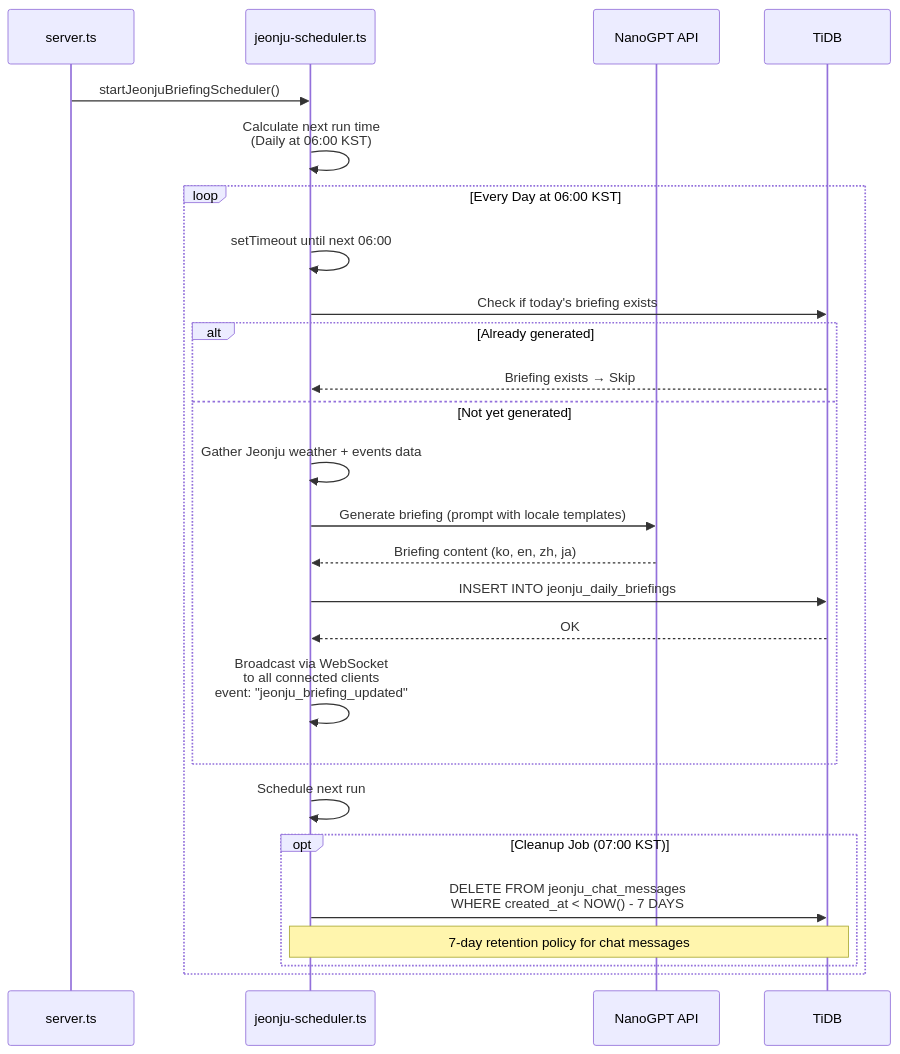
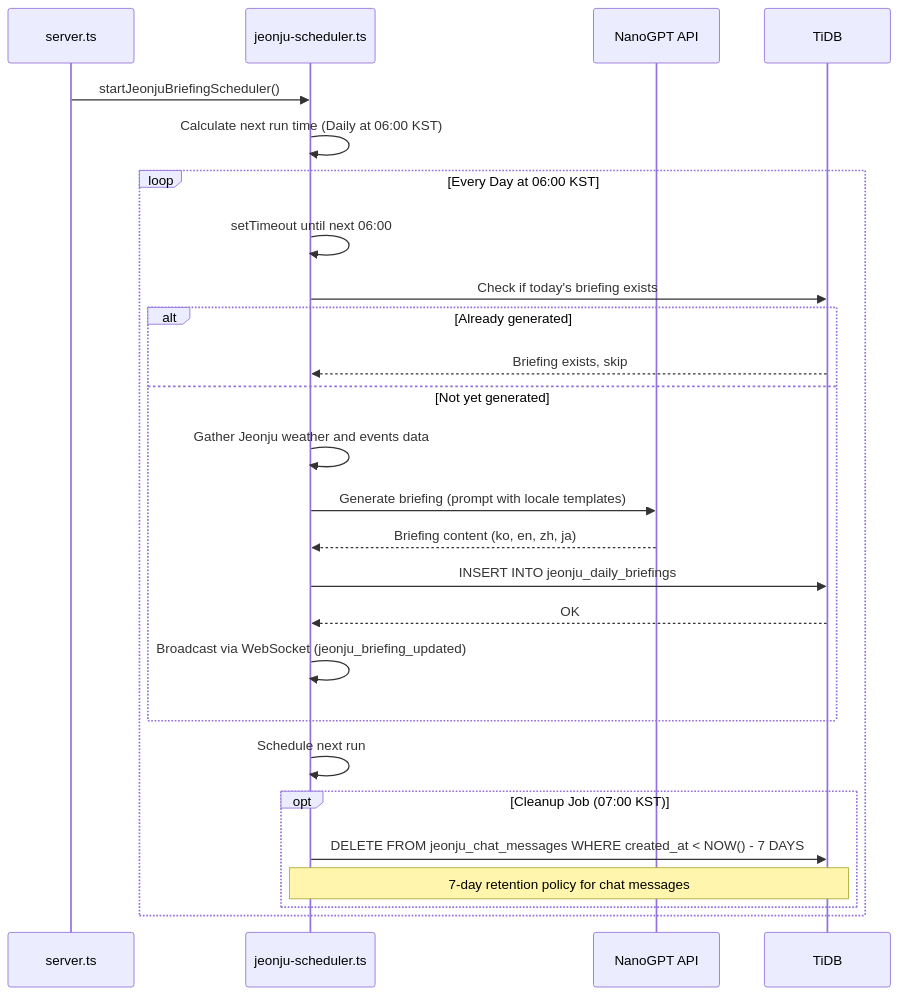
Before and after one commit to kim0040/Nadeulhae: diagram 17 of 17 in docs/ARCHITECTURE_UML.md, drawn with Mermaid. The commit also changed other lines of this file, not shown here.

Commit message:
fix(docs): fix Mermaid syntax errors in UML diagrams (invalid types, special chars)

````diff
--- a/docs/ARCHITECTURE_UML.md
+++ b/docs/ARCHITECTURE_UML.md
@@ -1318,36 +1341,36 @@
 ```mermaid
 sequenceDiagram
     participant Server as server.ts
     participant Scheduler as jeonju-scheduler.ts
     participant LLM as NanoGPT API
     participant DB as TiDB
 
     Server->>Scheduler: startJeonjuBriefingScheduler()
-    Scheduler->>Scheduler: Calculate next run time<br/>(Daily at 06:00 KST)
+    Scheduler->>Scheduler: Calculate next run time (Daily at 06:00 KST)
 
     loop Every Day at 06:00 KST
         Scheduler->>Scheduler: setTimeout until next 06:00
         
         Scheduler->>DB: Check if today's briefing exists
         alt Already generated
-            DB-->>Scheduler: Briefing exists → Skip
+            DB-->>Scheduler: Briefing exists, skip
         else Not yet generated
-            Scheduler->>Scheduler: Gather Jeonju weather + events data
+            Scheduler->>Scheduler: Gather Jeonju weather and events data
             
             Scheduler->>LLM: Generate briefing (prompt with locale templates)
             LLM-->>Scheduler: Briefing content (ko, en, zh, ja)
             
             Scheduler->>DB: INSERT INTO jeonju_daily_briefings
             DB-->>Scheduler: OK
             
-            Scheduler->>Scheduler: Broadcast via WebSocket<br/>to all connected clients<br/>event: "jeonju_briefing_updated"
+            Scheduler->>Scheduler: Broadcast via WebSocket (jeonju_briefing_updated)
         end
         
         Scheduler->>Scheduler: Schedule next run
 
         opt Cleanup Job (07:00 KST)
-            Scheduler->>DB: DELETE FROM jeonju_chat_messages<br/>WHERE created_at < NOW() - 7 DAYS
+            Scheduler->>DB: DELETE FROM jeonju_chat_messages WHERE created_at < NOW() - 7 DAYS
             Note over Scheduler,DB: 7-day retention policy for chat messages
         end
     end
 ```
````
